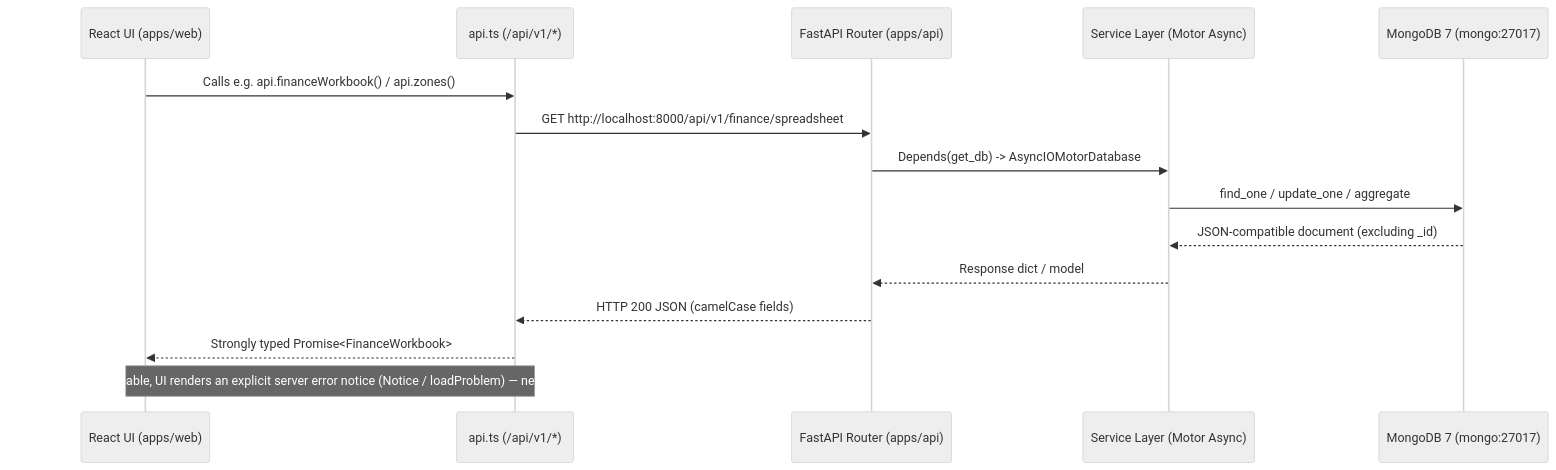
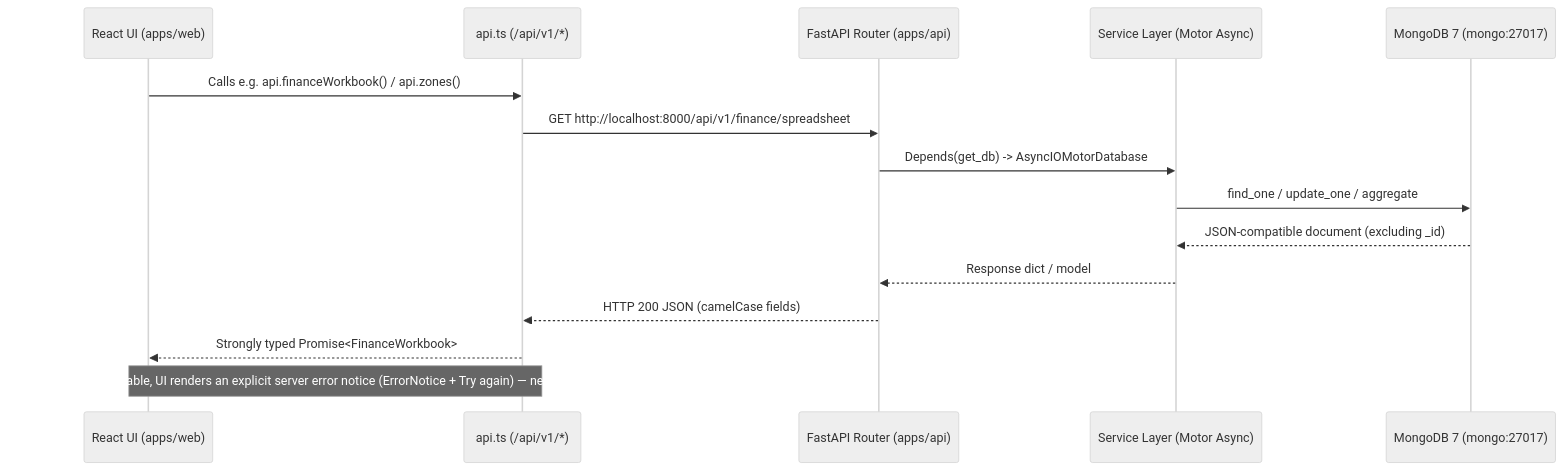
One commit to DaivaiCheong/agrirover changed the second of 2 diagrams in docs/architecture/frontend-backend-db.md. Above: the diagram before and after it, drawn with Mermaid (neutral theme). The commit also changed other lines of this file and 57 other files, not shown here.

````diff
--- a/docs/architecture/frontend-backend-db.md
+++ b/docs/architecture/frontend-backend-db.md
@@ -56,18 +56,18 @@
 ```mermaid
 sequenceDiagram
     participant R as React UI (apps/web)
     participant A as api.ts (/api/v1/*)
     participant F as FastAPI Router (apps/api)
     participant S as Service Layer (Motor Async)
     participant M as MongoDB 7 (mongo:27017)
 
     R->>A: Calls e.g. api.financeWorkbook() / api.zones()
     A->>F: GET http://localhost:8000/api/v1/finance/spreadsheet
     F->>S: Depends(get_db) -> AsyncIOMotorDatabase
     S->>M: find_one / update_one / aggregate
     M-->>S: JSON-compatible document (excluding _id)
     S-->>F: Response dict / model
     F-->>A: HTTP 200 JSON (camelCase fields)
     A-->>R: Strongly typed Promise<FinanceWorkbook>
-    Note over R,A: If backend is unreachable, UI renders an explicit server error notice (Notice / loadProblem) — never fake sample data.
+    Note over R,A: If backend is unreachable, UI renders an explicit server error notice (ErrorNotice + Try again) — never fake sample data.
 ```
````
